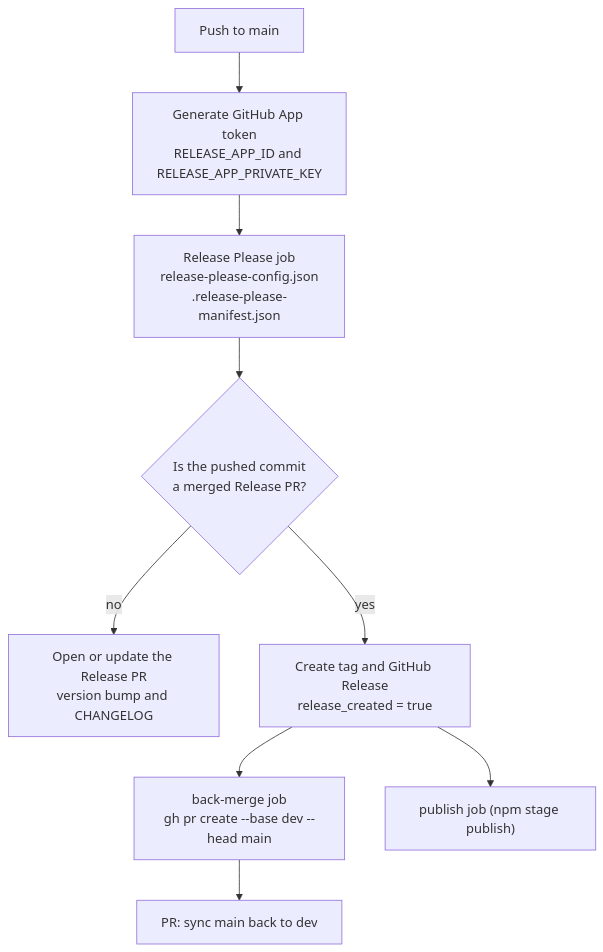
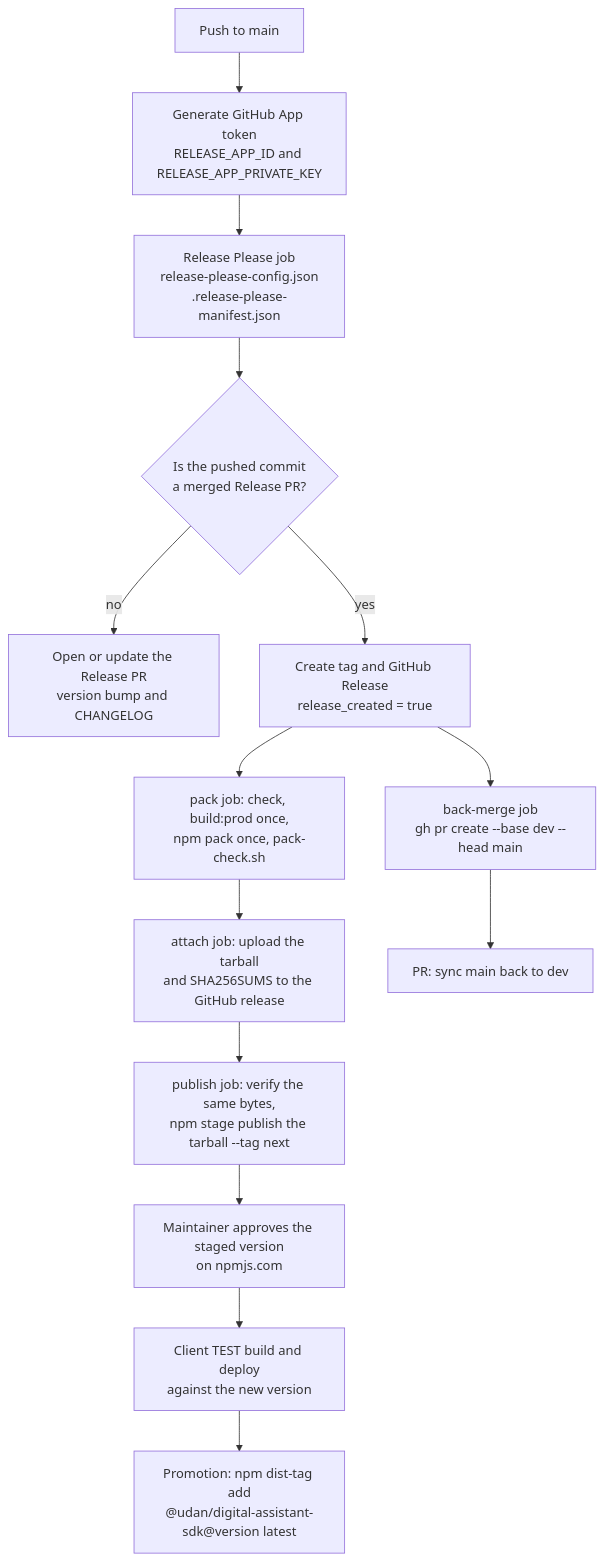
Before and after one commit to Digital-Assistant/Digital-Assistant-SDK: the fifth of 9 diagrams in RELEASE_PROCESS.md, drawn with Mermaid. The commit also changed other lines of this file and 6 other files, not shown here.

First line of the commit message:
ci: build the SDK once, attach the tarball and stage it as next

````diff
--- a/RELEASE_PROCESS.md
+++ b/RELEASE_PROCESS.md
@@ -193,11 +198,16 @@
 ```mermaid
 flowchart TD
     P["Push to main"] --> TOK["Generate GitHub App token<br/>RELEASE_APP_ID and RELEASE_APP_PRIVATE_KEY"]
     TOK --> RPJ["Release Please job<br/>release-please-config.json<br/>.release-please-manifest.json"]
     RPJ --> Q{"Is the pushed commit<br/>a merged Release PR?"}
     Q -->|"no"| OPEN["Open or update the Release PR<br/>version bump and CHANGELOG"]
     Q -->|"yes"| REL["Create tag and GitHub Release<br/>release_created = true"]
+    REL --> PACK["pack job: check, build:prod once,<br/>npm pack once, pack-check.sh"]
+    PACK --> ATT["attach job: upload the tarball<br/>and SHA256SUMS to the GitHub release"]
+    ATT --> PUB["publish job: verify the same bytes,<br/>npm stage publish the tarball --tag next"]
+    PUB --> APR["Maintainer approves the staged version<br/>on npmjs.com"]
+    APR --> TEST["Client TEST build and deploy<br/>against the new version"]
+    TEST --> LAT["Promotion: npm dist-tag add<br/>@udan/digital-assistant-sdk@version latest"]
     REL --> BM["back-merge job<br/>gh pr create --base dev --head main"]
     BM --> BMPR["PR: sync main back to dev"]
-    REL --> PUB["publish job (npm stage publish)"]
 ```
````
